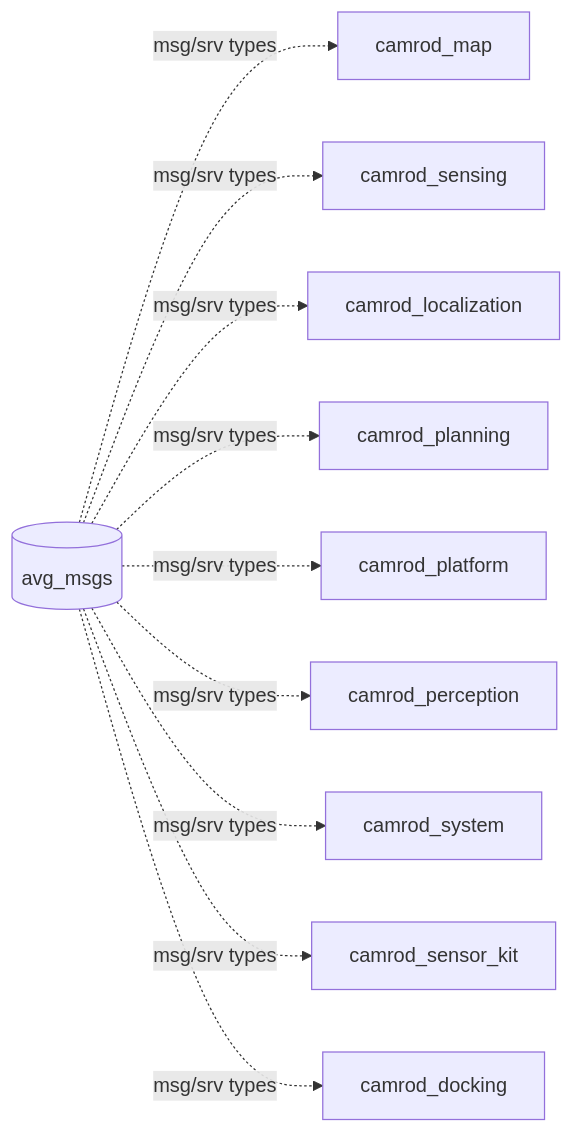
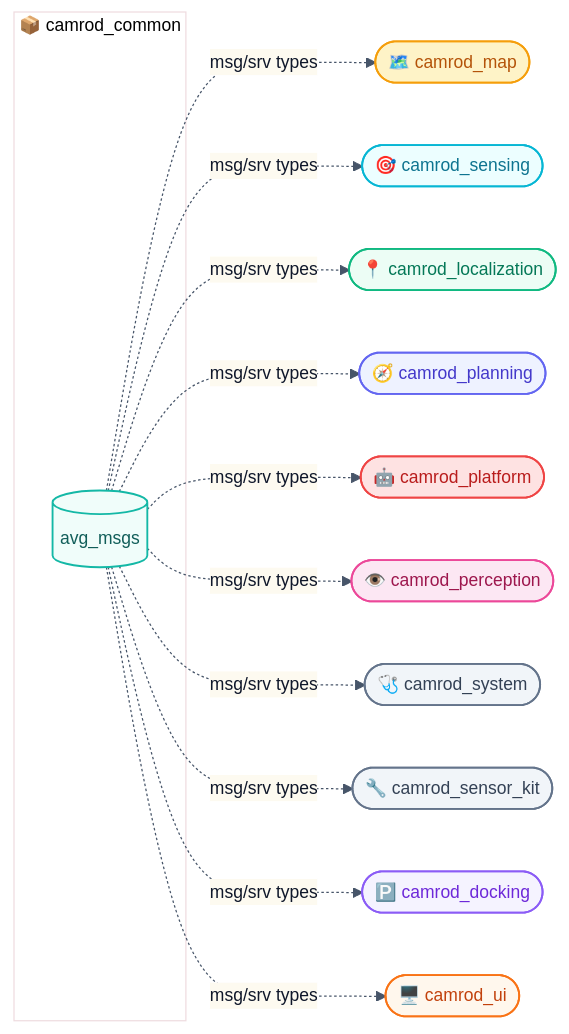
The diagram in camrod_common/README.md (hwanhonglee/CAMROD), drawn with Mermaid before and after one commit. The commit also changed other lines of this file and 3 other files, not shown here.

First line of the commit message:
docs(HH_260528): fix Mermaid parse error, sync sensor_kit/planning/common READMEs

````diff
--- a/camrod_common/README.md
+++ b/camrod_common/README.md
@@ -7,12 +22,29 @@
 ```mermaid
+%%{init: {'theme': 'base', 'themeVariables': {'fontFamily': 'ui-sans-serif, system-ui, sans-serif', 'fontSize': '14px', 'primaryColor': '#F0FDFA', 'primaryTextColor': '#0F172A', 'primaryBorderColor': '#14B8A6', 'lineColor': '#475569'}, 'flowchart': {'curve': 'basis', 'htmlLabels': true, 'padding': 12}}}%%
 graph LR
-  AVG[(avg_msgs)] -. msg/srv types .-> MAP[camrod_map]
-  AVG -. msg/srv types .-> SENS[camrod_sensing]
-  AVG -. msg/srv types .-> LOC[camrod_localization]
-  AVG -. msg/srv types .-> PLAN[camrod_planning]
-  AVG -. msg/srv types .-> PLAT[camrod_platform]
-  AVG -. msg/srv types .-> PER[camrod_perception]
-  AVG -. msg/srv types .-> SYS[camrod_system]
-  AVG -. msg/srv types .-> SKIT[camrod_sensor_kit]
-  AVG -. msg/srv types .-> DOCK[camrod_docking]
+  classDef sensing      fill:#ECFEFF,stroke:#06B6D4,stroke-width:1.5px,color:#0E7490;
+  classDef localization fill:#ECFDF5,stroke:#10B981,stroke-width:1.5px,color:#047857;
+  classDef mapping      fill:#FEF3C7,stroke:#F59E0B,stroke-width:1.5px,color:#B45309;
+  classDef perception   fill:#FCE7F3,stroke:#EC4899,stroke-width:1.5px,color:#9D174D;
+  classDef planning     fill:#EEF2FF,stroke:#6366F1,stroke-width:1.5px,color:#4338CA;
+  classDef platform     fill:#FEE2E2,stroke:#EF4444,stroke-width:1.5px,color:#B91C1C;
+  classDef docking      fill:#F5F3FF,stroke:#8B5CF6,stroke-width:1.5px,color:#6D28D9;
+  classDef system       fill:#F1F5F9,stroke:#64748B,stroke-width:1.5px,color:#334155;
+  classDef ui           fill:#FFF7ED,stroke:#F97316,stroke-width:1.5px,color:#C2410C;
+  classDef iface        fill:#F0FDFA,stroke:#14B8A6,stroke-width:1.5px,color:#115E59;
+
+  subgraph COMMON["📦 camrod_common"]
+    AVG[(avg_msgs)]:::iface
+  end
+
+  AVG -. msg/srv types .-> MAP([🗺️ camrod_map]):::mapping
+  AVG -. msg/srv types .-> SENS([🎯 camrod_sensing]):::sensing
+  AVG -. msg/srv types .-> LOC([📍 camrod_localization]):::localization
+  AVG -. msg/srv types .-> PLAN([🧭 camrod_planning]):::planning
+  AVG -. msg/srv types .-> PLAT([🤖 camrod_platform]):::platform
+  AVG -. msg/srv types .-> PER([👁️ camrod_perception]):::perception
+  AVG -. msg/srv types .-> SYS([🩺 camrod_system]):::system
+  AVG -. msg/srv types .-> SKIT([🔧 camrod_sensor_kit]):::system
+  AVG -. msg/srv types .-> DOCK([🅿️ camrod_docking]):::docking
+  AVG -. msg/srv types .-> UI([🖥️ camrod_ui]):::ui
 ```
````
